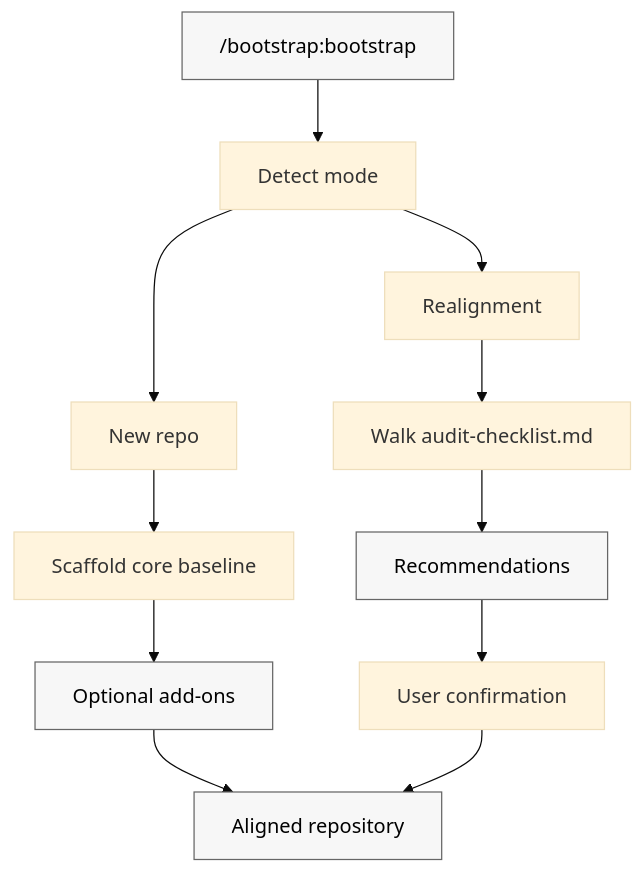
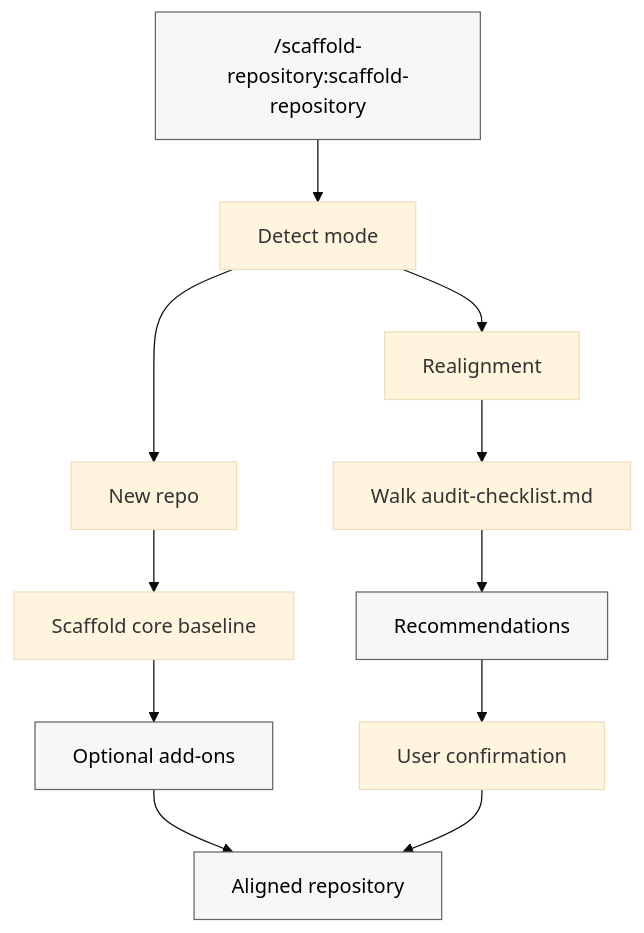
One commit to patinaproject/skills changed the diagram in plugins/scaffold-repository/README.md. Above: the diagram before and after it, drawn with Mermaid (base theme). The commit also changed other lines of this file, not shown here.

First line of the commit message:
fix: #58 update scaffold-repository README stale slug references

````diff
--- a/plugins/scaffold-repository/README.md
+++ b/plugins/scaffold-repository/README.md
@@ -19,26 +19,26 @@
 ```mermaid
 flowchart TD
-    invoke["/bootstrap:bootstrap"]:::artifact
+    invoke["/scaffold-repository:scaffold-repository"]:::artifact
     detect["Detect mode"]
     newrepo["New repo"]
     realign["Realignment"]
     scaffold["Scaffold core baseline"]
     optional["Optional add-ons"]:::artifact
     audit["Walk audit-checklist.md"]
     recommend["Recommendations"]:::artifact
     confirm["User confirmation"]
     repo["Aligned repository"]:::artifact
 
     invoke --> detect
     detect --> newrepo
     detect --> realign
     newrepo --> scaffold
     scaffold --> optional
     optional --> repo
     realign --> audit
     audit --> recommend
     recommend --> confirm
     confirm --> repo
 
     classDef artifact fill:#f7f7f7,stroke:#666,stroke-width:1px,color:#000;
 ```
````
